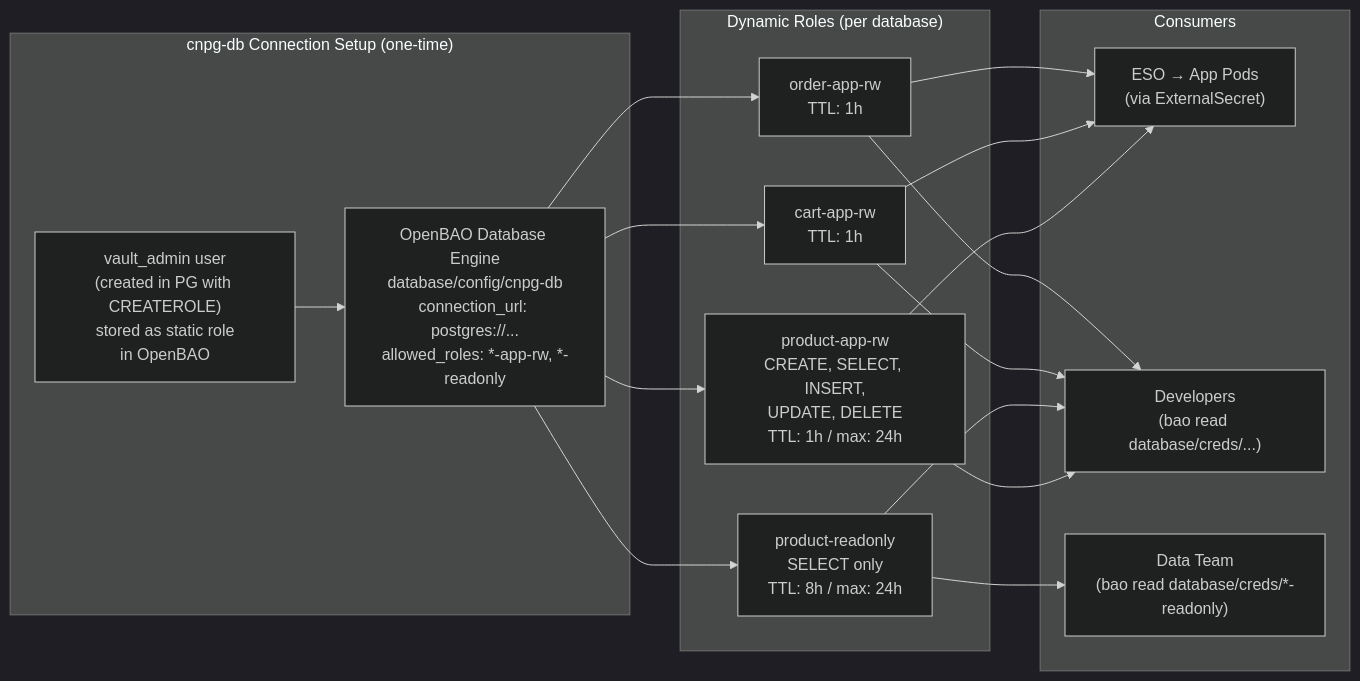
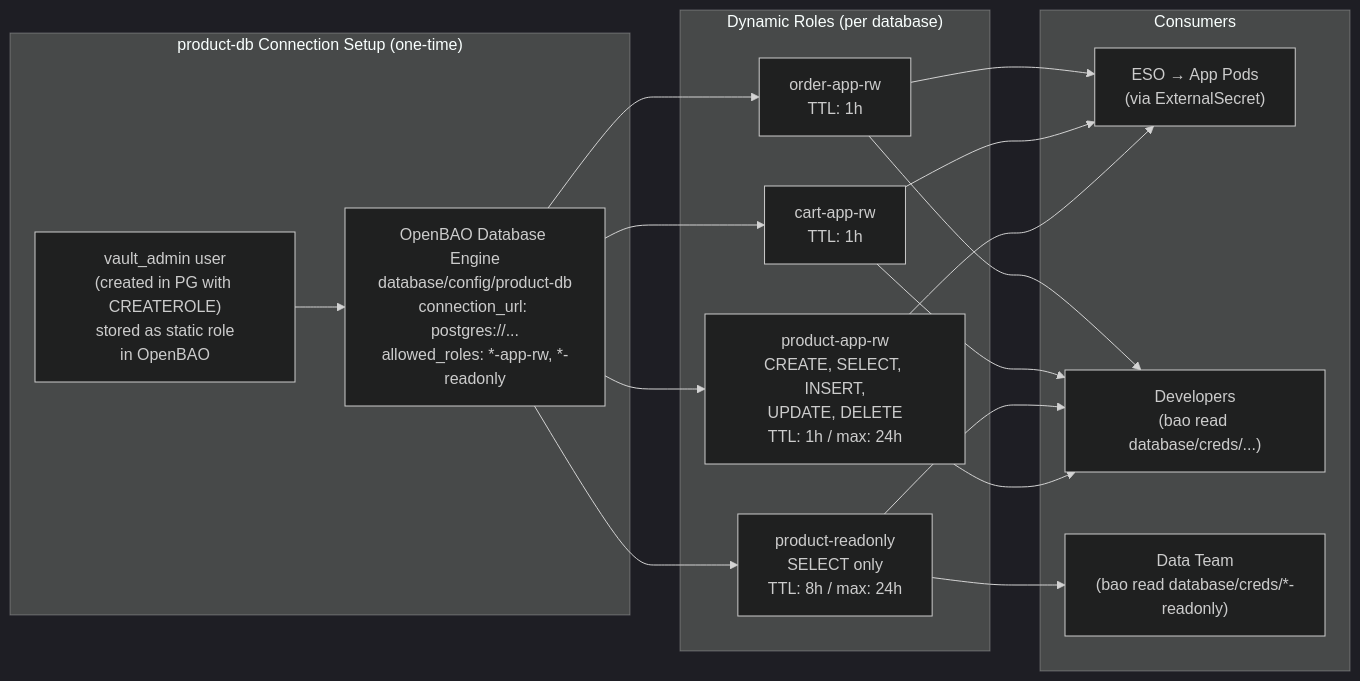
One commit to duynhlab/homelab changed the eighth of 18 diagrams in docs/secrets/README.md. Above: the diagram before and after it, drawn with Mermaid (dark theme). The commit also changed other lines of this file and 15 other files, not shown here.

````diff
--- a/docs/secrets/README.md
+++ b/docs/secrets/README.md
@@ -403,26 +403,26 @@
 ```mermaid
 flowchart LR
-    subgraph cnpg_setup["cnpg-db Connection Setup (one-time)"]
+    subgraph cnpg_setup["product-db Connection Setup (one-time)"]
         vault_admin["vault_admin user\n(created in PG with CREATEROLE)\nstored as static role\nin OpenBAO"]
-        db_engine["OpenBAO Database Engine\ndatabase/config/cnpg-db\nconnection_url: postgres://...\nallowed_roles: *-app-rw, *-readonly"]
+        db_engine["OpenBAO Database Engine\ndatabase/config/product-db\nconnection_url: postgres://...\nallowed_roles: *-app-rw, *-readonly"]
         vault_admin --> db_engine
     end
 
     subgraph roles["Dynamic Roles (per database)"]
         r1["product-app-rw\nCREATE, SELECT, INSERT,\nUPDATE, DELETE\nTTL: 1h / max: 24h"]
         r2["product-readonly\nSELECT only\nTTL: 8h / max: 24h"]
         r3["cart-app-rw\nTTL: 1h"]
         r4["order-app-rw\nTTL: 1h"]
     end
 
     subgraph consumers2["Consumers"]
         eso2["ESO → App Pods\n(via ExternalSecret)"]
         dev2["Developers\n(bao read database/creds/...)"]
         data2["Data Team\n(bao read database/creds/*-readonly)"]
     end
 
     db_engine --> r1 & r2 & r3 & r4
     r1 & r3 & r4 --> eso2
     r1 & r2 & r3 & r4 --> dev2
     r2 --> data2
 ```
````
